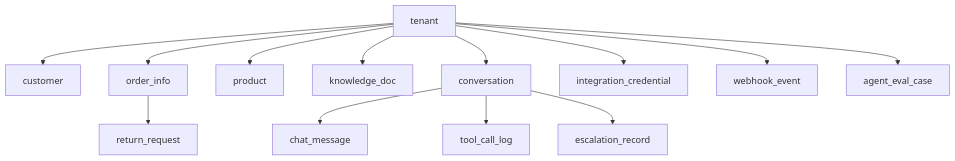
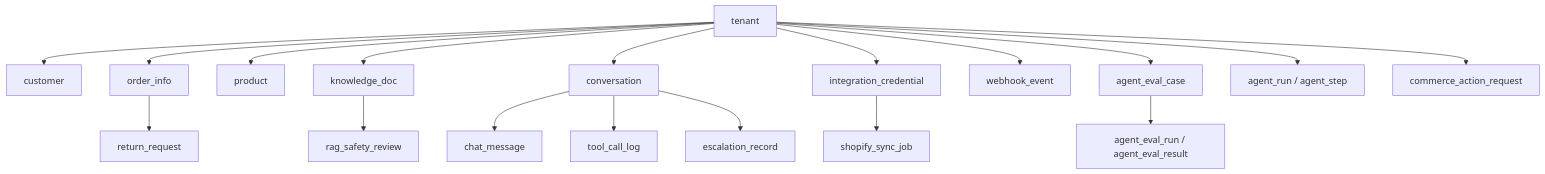
The second of 2 diagrams in docs/architecture.md (RyanCoreAI/spring-ai-crossborder-customer-service), drawn with Mermaid before and after one commit. The commit also changed other lines of this file and 73 other files, not shown here.

````diff
--- a/docs/architecture.md
+++ b/docs/architecture.md
@@ -28,15 +32,20 @@
 ```mermaid
 flowchart TB
   Tenant["tenant"] --> Customer["customer"]
   Tenant --> Order["order_info"]
   Tenant --> Product["product"]
   Tenant --> Knowledge["knowledge_doc"]
   Tenant --> Conversation["conversation"]
   Conversation --> Message["chat_message"]
   Conversation --> ToolLog["tool_call_log"]
   Conversation --> Escalation["escalation_record"]
   Order --> ReturnReq["return_request"]
   Tenant --> Integration["integration_credential"]
   Tenant --> Webhook["webhook_event"]
   Tenant --> Eval["agent_eval_case"]
+  Eval --> EvalRun["agent_eval_run / agent_eval_result"]
+  Tenant --> Trace["agent_run / agent_step"]
+  Knowledge --> RagReview["rag_safety_review"]
+  Integration --> SyncJob["shopify_sync_job"]
+  Tenant --> ActionRequest["commerce_action_request"]
 ```
````
